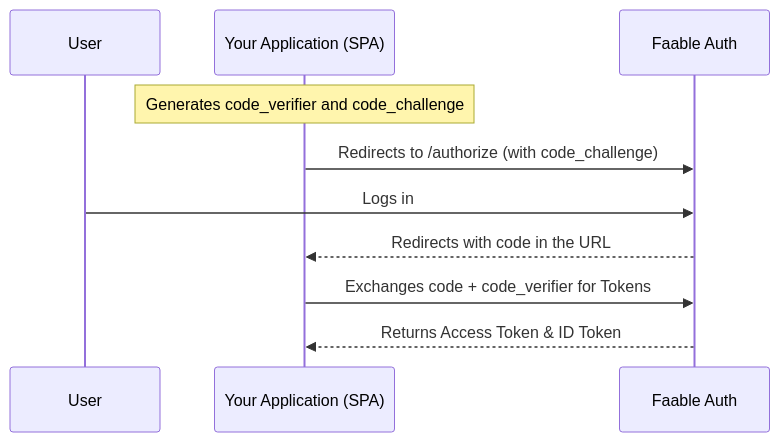
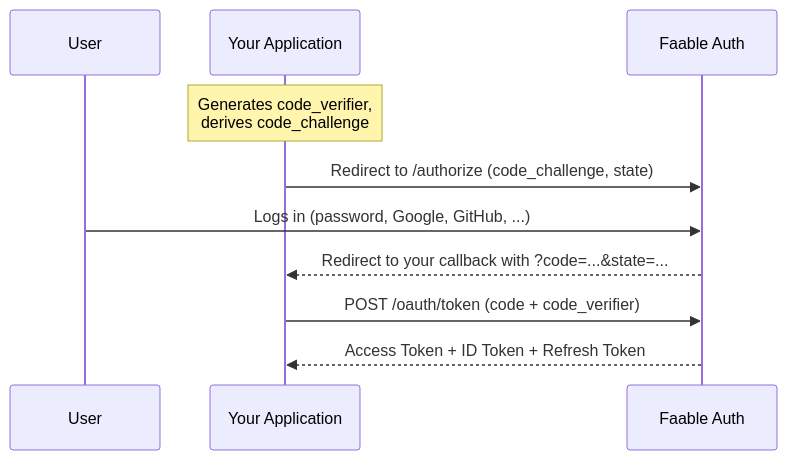
One commit to faablecloud/docs changed the diagram in content/auth/oauth-flows/authorization-code.mdx. Above: the diagram before and after it, drawn with Mermaid. The commit also changed other lines of this file, not shown here.

First line of the commit message:
docs(auth): rewrite authorization-code page for ads landing

````diff
--- a/content/auth/oauth-flows/authorization-code.mdx
+++ b/content/auth/oauth-flows/authorization-code.mdx
@@ -16,13 +22,13 @@
 ```mermaid
 sequenceDiagram
     participant User
-    participant App as Your Application (SPA)
+    participant App as Your Application
     participant Faable as Faable Auth
 
-    Note over App: Generates code_verifier and code_challenge
-    App->>Faable: Redirects to /authorize (with code_challenge)
-    User->>Faable: Logs in
-    Faable-->>App: Redirects with code in the URL
-    App->>Faable: Exchanges code + code_verifier for Tokens
-    Faable-->>App: Returns Access Token & ID Token
+    Note over App: Generates code_verifier,<br/>derives code_challenge
+    App->>Faable: Redirect to /authorize (code_challenge, state)
+    User->>Faable: Logs in (password, Google, GitHub, ...)
+    Faable-->>App: Redirect to your callback with ?code=...&state=...
+    App->>Faable: POST /oauth/token (code + code_verifier)
+    Faable-->>App: Access Token + ID Token + Refresh Token
 ```
````
